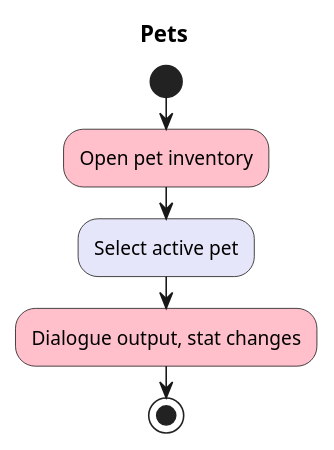
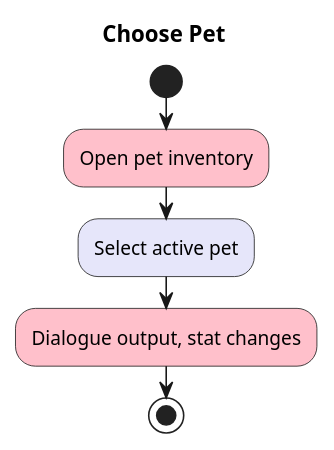
One commit to BillCheng9/Steampunk-Game changed the fourth of 8 diagrams in use-cases/use-cases-brief.md. Above: the diagram before and after it, drawn with PlantUML. The commit also changed other lines of this file, not shown here.

````diff
--- a/use-cases/use-cases-brief.md
+++ b/use-cases/use-cases-brief.md
@@ -66,17 +70,17 @@
 ```plantuml
 <style>
 diamond {
   BackgroundColor White
 }
 </style>
 
-title Pets
+title Choose Pet
 
 start
 
 #pink:Open pet inventory;
 #lavender:Select active pet;
 #pink:Dialogue output, stat changes;
 
 stop
 ```
````
